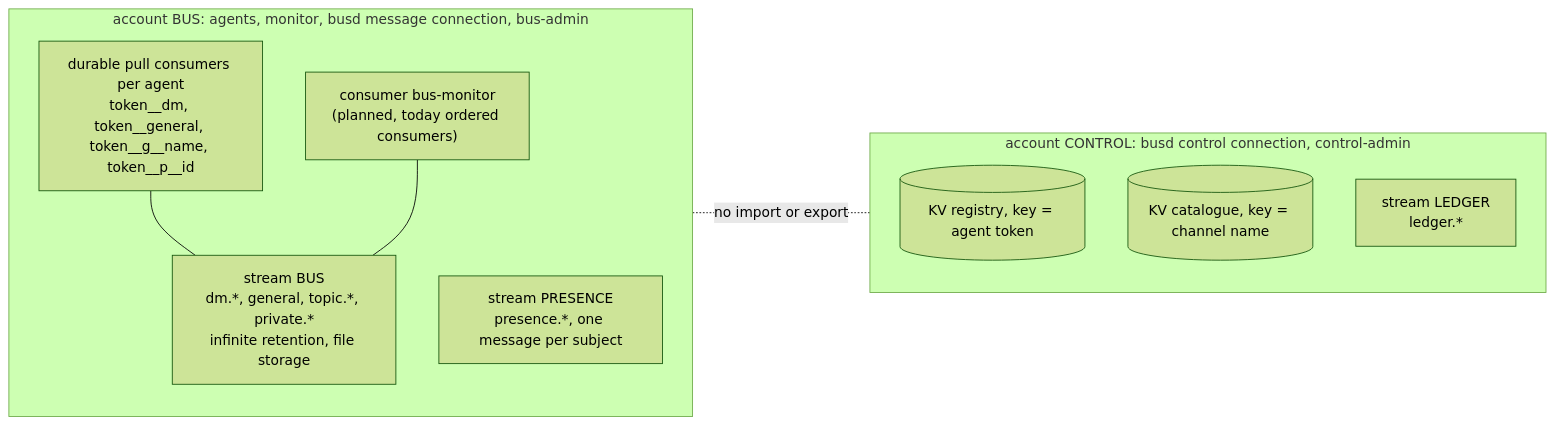
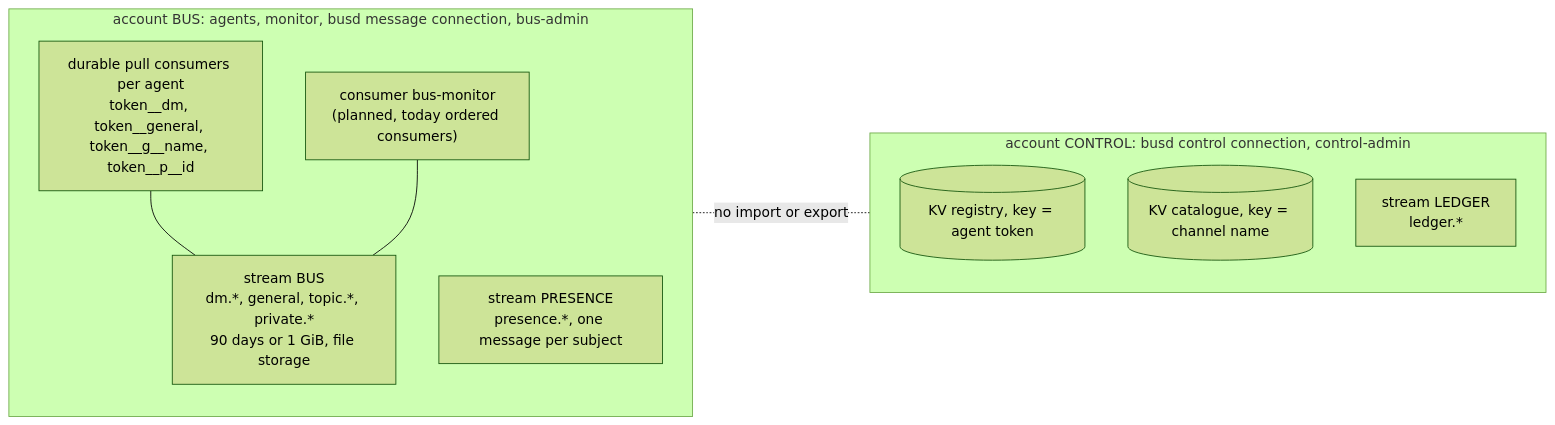
The diagram in docs/design/jetstream-binding.md (gentoomaniac/agent-bus), drawn with Mermaid (forest theme) before and after one commit. The commit also changed other lines of this file and 8 other files, not shown here.

First line of the commit message:
BUS keeps 90 days and 1 GiB, set by agent-busctl init

````diff
--- a/docs/design/jetstream-binding.md
+++ b/docs/design/jetstream-binding.md
@@ -19,17 +19,17 @@
 ```mermaid
 flowchart LR
   subgraph bus["account BUS: agents, monitor, busd message connection, bus-admin"]
-    bstream["stream BUS<br/>dm.*, general, topic.*, private.*<br/>infinite retention, file storage"]
+    bstream["stream BUS<br/>dm.*, general, topic.*, private.*<br/>90 days or 1 GiB, file storage"]
     pstream["stream PRESENCE<br/>presence.*, one message per subject"]
     consumers["durable pull consumers per agent<br/>token__dm, token__general, token__g__name, token__p__id"]
     mcons["consumer bus-monitor<br/>(planned, today ordered consumers)"]
   end
   subgraph control["account CONTROL: busd control connection, control-admin"]
     reg[("KV registry, key = agent token")]
     cat[("KV catalogue, key = channel name")]
     ledger["stream LEDGER<br/>ledger.*"]
   end
   consumers --- bstream
   mcons --- bstream
   bus -.-|"no import or export"| control
 ```
````
